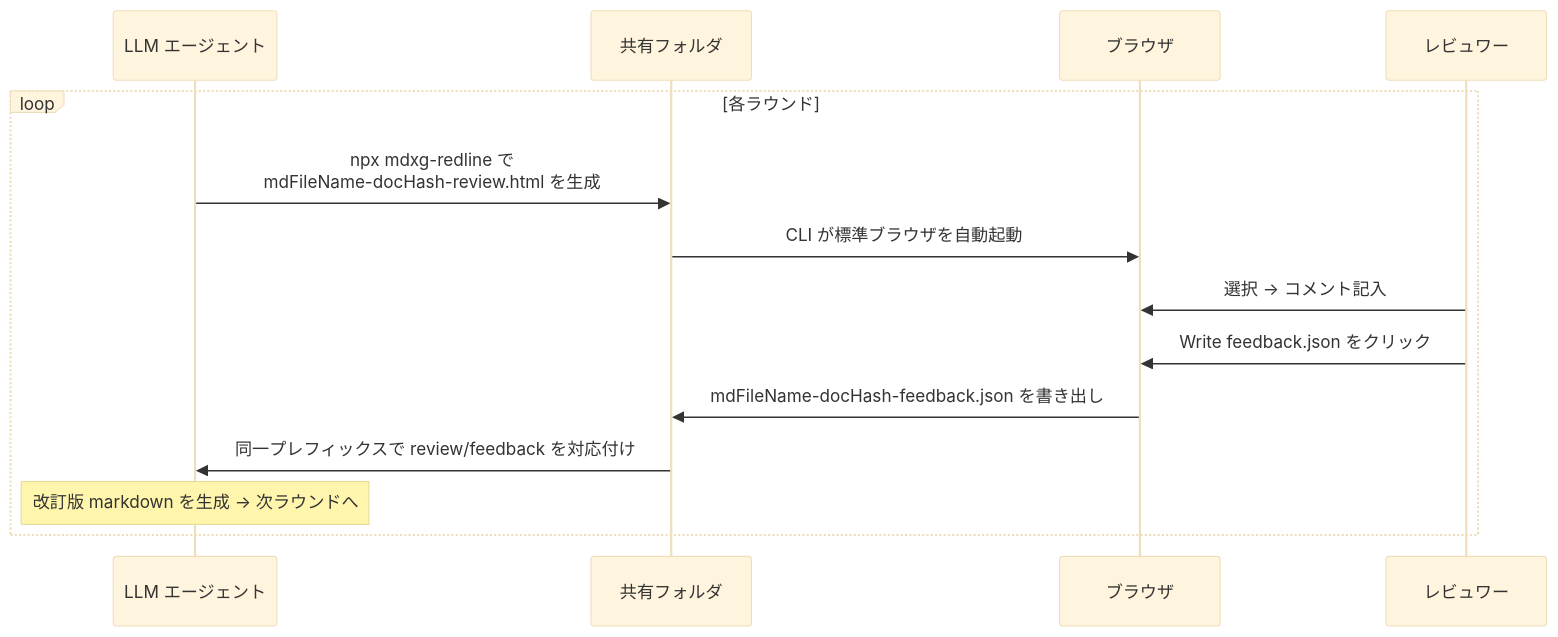
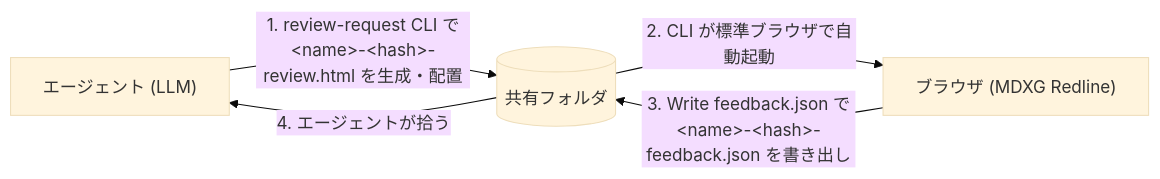
One commit to oubakiou/mdxg-redline changed the diagram in README_ja.md. Above: the diagram before and after it, drawn with Mermaid (base theme). The commit also changed 1 other file, not shown here.

Commit message:
docs: README の skill 経由ループ図を DESIGN.md と同じ flowchart に統一
README.md / README_ja.md「LLM が skill 経由で CLI を起動する場合」の
sequenceDiagram を、DESIGN.md §3 標準ループと同形の flowchart LR に置換。
3 文書間で図の表現を揃え、改訂時の追従漏れを減らす。

````diff
--- a/README_ja.md
+++ b/README_ja.md
@@ -59,16 +59,10 @@
 ```mermaid
-sequenceDiagram
-    participant Agent as LLM エージェント
-    participant Folder as 共有フォルダ
-    participant Browser as ブラウザ
-    participant Reviewer as レビュワー
-    loop 各ラウンド
-      Agent->>Folder: npx mdxg-redline で<br/>mdFileName-docHash-review.html を生成
-      Folder->>Browser: CLI が標準ブラウザを自動起動
-      Reviewer->>Browser: 選択 → コメント記入
-      Reviewer->>Browser: Write feedback.json をクリック
-      Browser->>Folder: mdFileName-docHash-feedback.json を書き出し
-      Folder->>Agent: 同一プレフィックスで review/feedback を対応付け
-      Note over Agent: 改訂版 markdown を生成 → 次ラウンドへ
-    end
+flowchart LR
+    Agent["エージェント (LLM)"]
+    Folder[("共有フォルダ")]
+    Browser["ブラウザ (MDXG Redline)"]
+    Agent -- "1. review-request CLI で<br/>&lt;name&gt;-&lt;hash&gt;-review.html を生成・配置" --> Folder
+    Folder -- "2. CLI が標準ブラウザで自動起動" --> Browser
+    Browser -- "3. Write feedback.json で<br/>&lt;name&gt;-&lt;hash&gt;-feedback.json を書き出し" --> Folder
+    Folder -- "4. エージェントが拾う" --> Agent
 ```
````
